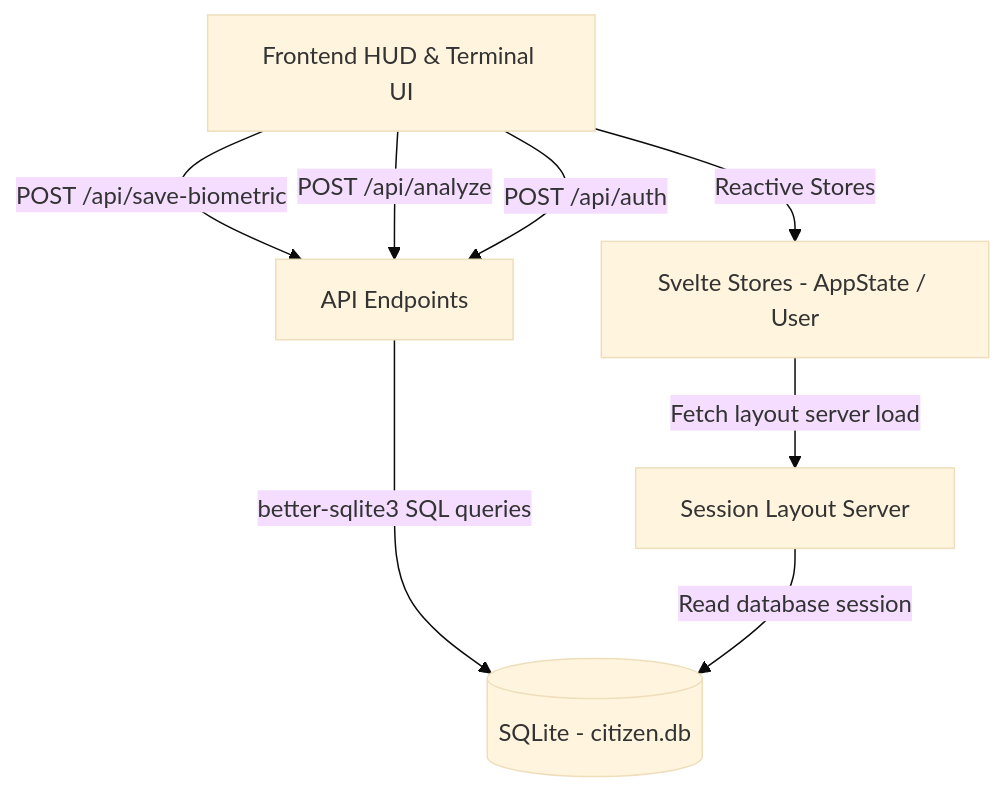
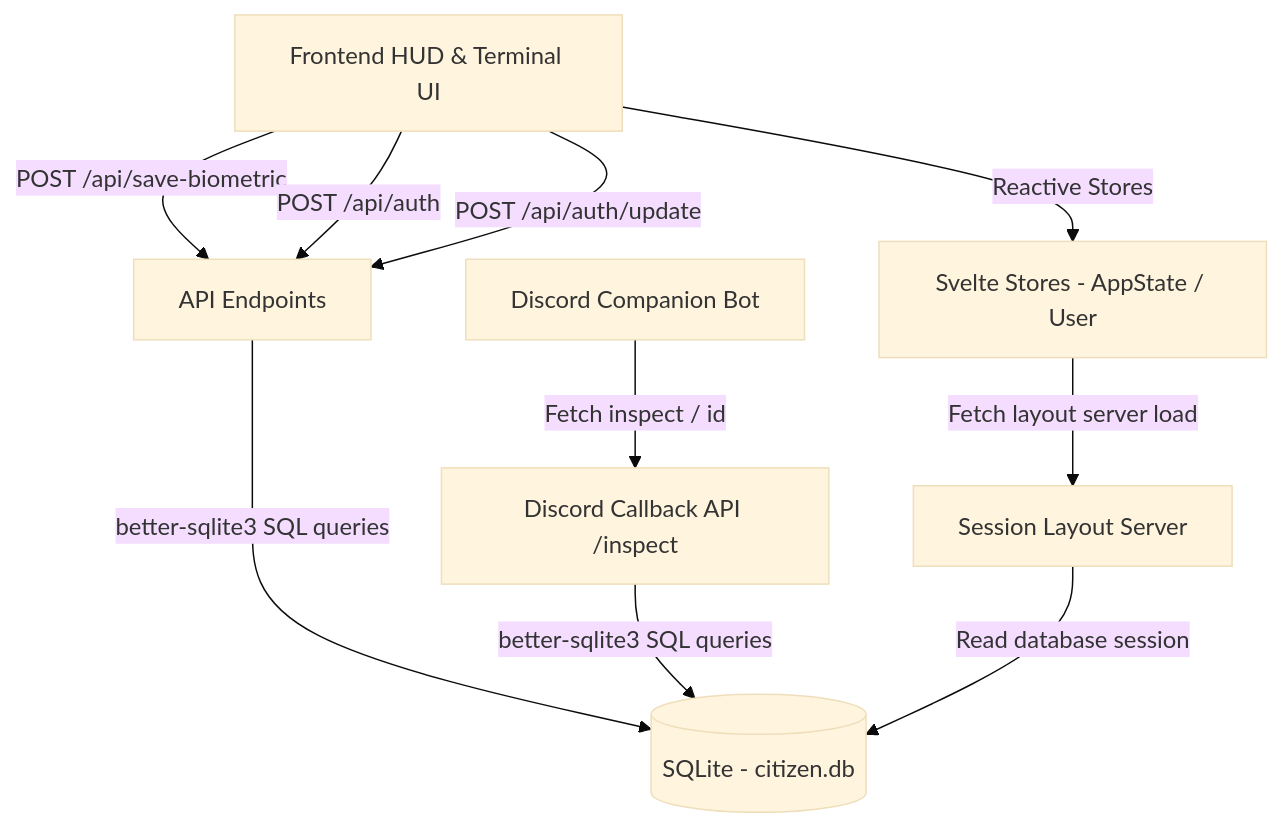
Before and after one commit to AbelQ11/sibyl-system: the diagram in README.md, drawn with Mermaid (base theme). The commit also changed other lines of this file and 37 other files, not shown here.

Commit message:
Add: discord webhook, bot, link. Friend and community system. Creation of an ID.

````diff
--- a/README.md
+++ b/README.md
@@ -65,10 +106,12 @@
 ```mermaid
 graph TD
     A[Frontend HUD & Terminal UI] -->|Reactive Stores| B[Svelte Stores - AppState / User]
     A -->|POST /api/save-biometric| C[API Endpoints]
-    A -->|POST /api/analyze| C
     A -->|POST /api/auth| C
-    C -->|better-sqlite3 SQL queries| D[(SQLite - citizen.db)]
-    B -->|Fetch layout server load| E[Session Layout Server]
-    E -->|Read database session| D
+    A -->|POST /api/auth/update| C
+    E[Discord Companion Bot] -->|Fetch inspect / id| D[Discord Callback API /inspect]
+    C -->|better-sqlite3 SQL queries| F[(SQLite - citizen.db)]
+    D -->|better-sqlite3 SQL queries| F
+    B -->|Fetch layout server load| G[Session Layout Server]
+    G -->|Read database session| F
 ```
````
